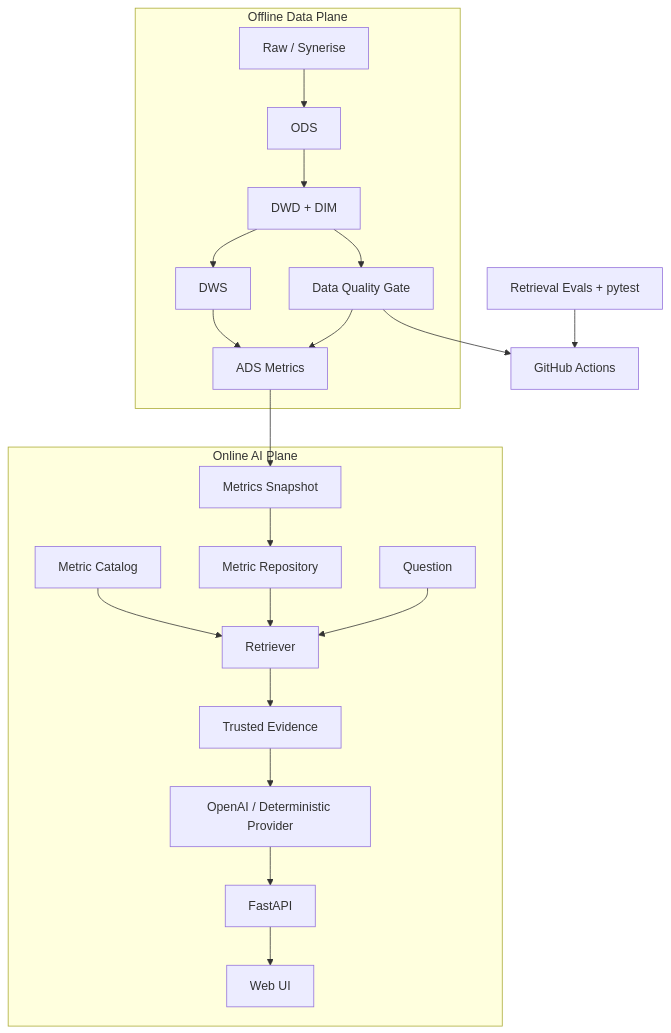
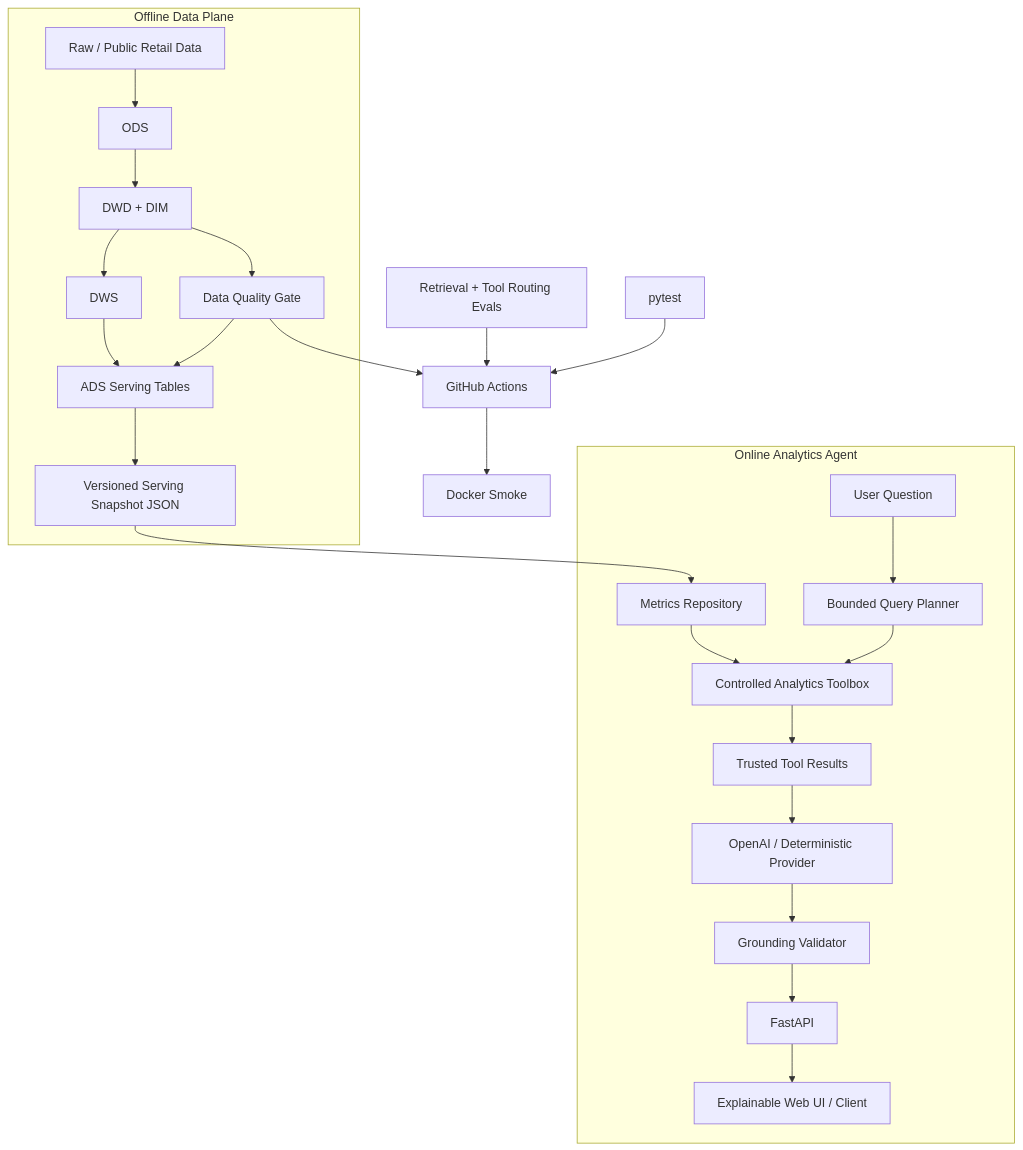
Before and after one commit to plutoczm/retailpulse-offline-lakehouse: the diagram in docs/ARCHITECTURE.md, drawn with Mermaid. The commit also changed other lines of this file and 9 other files, not shown here.

Commit message:
expose analytics agent execution and architecture

````diff
--- a/docs/ARCHITECTURE.md
+++ b/docs/ARCHITECTURE.md
@@ -5,26 +5,29 @@
 ```mermaid
 flowchart TB
   subgraph Offline["Offline Data Plane"]
-    A[Raw / Synerise] --> B[ODS]
+    A[Raw / Public Retail Data] --> B[ODS]
     B --> C[DWD + DIM]
     C --> D[DWS]
-    D --> E[ADS Metrics]
+    D --> E[ADS Serving Tables]
     C --> Q[Data Quality Gate]
     Q --> E
+    E --> X[Versioned Serving Snapshot JSON]
   end
 
-  subgraph Online["Online AI Plane"]
-    E --> X[Metrics Snapshot]
-    X --> R[Metric Repository]
-    K[Metric Catalog] --> T[Retriever]
-    R --> T
-    U[Question] --> T
-    T --> V[Trusted Evidence]
-    V --> P[OpenAI / Deterministic Provider]
-    P --> API[FastAPI]
-    API --> UI[Web UI]
+  subgraph Online["Online Analytics Agent"]
+    U[User Question] --> P[Bounded Query Planner]
+    X --> R[Metrics Repository]
+    R --> T[Controlled Analytics Toolbox]
+    P --> T
+    T --> TR[Trusted Tool Results]
+    TR --> L[OpenAI / Deterministic Provider]
+    L --> G[Grounding Validator]
+    G --> API[FastAPI]
+    API --> UI[Explainable Web UI / Client]
   end
 
-  EV[Retrieval Evals + pytest] --> CI[GitHub Actions]
+  EV[Retrieval + Tool Routing Evals] --> CI[GitHub Actions]
+  TS[pytest] --> CI
   Q --> CI
+  CI --> DS[Docker Smoke]
 ```
````
